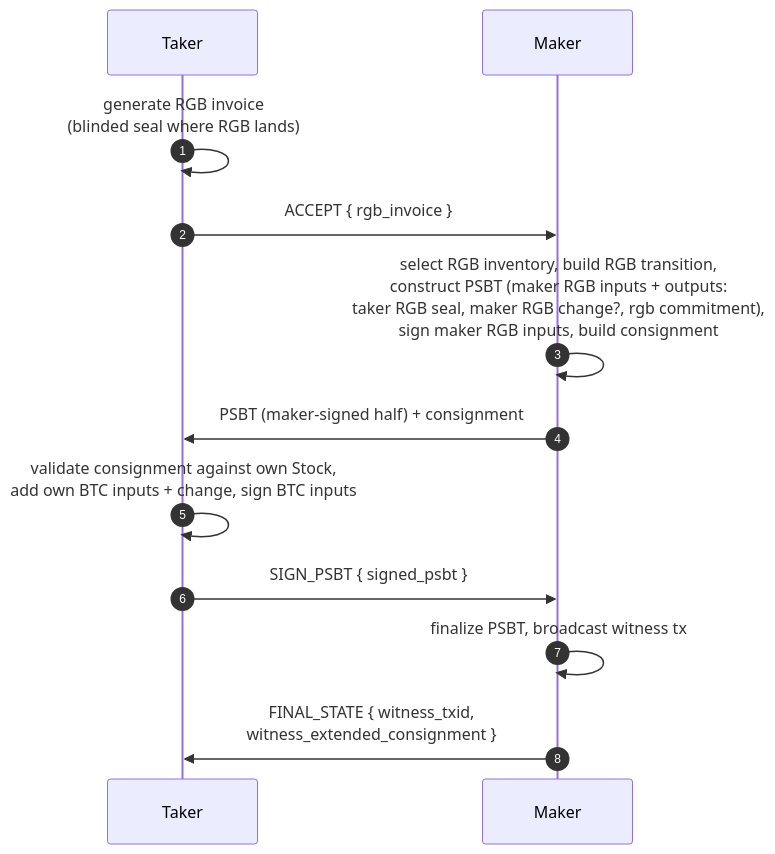
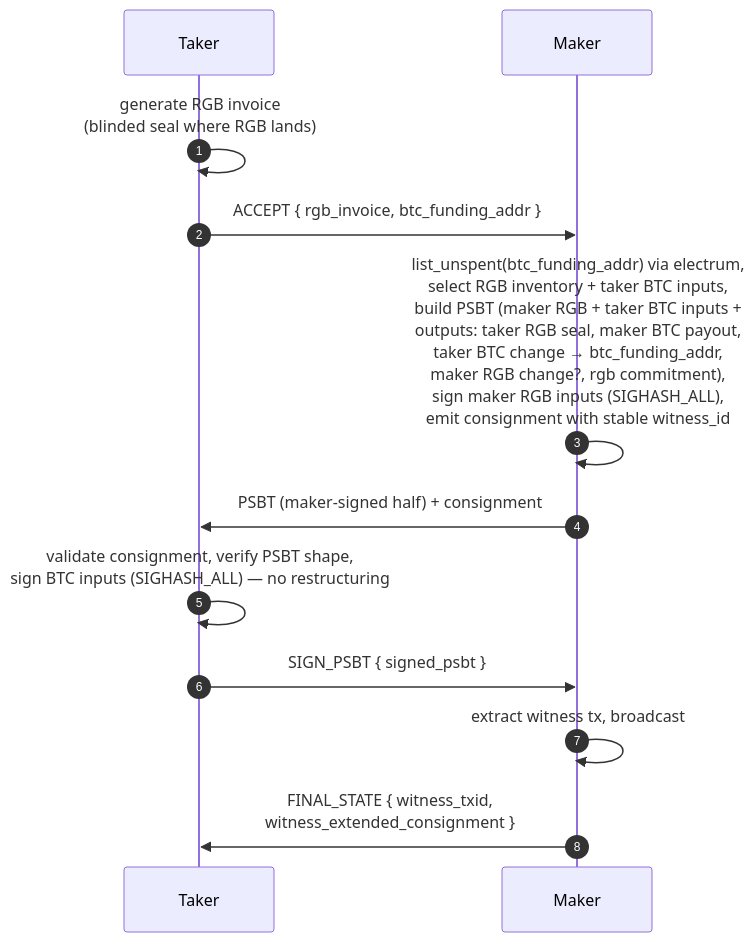
The first of 5 diagrams in docs/swap-flows.md (pxr64/rfq), drawn with Mermaid before and after one commit. The commit also changed other lines of this file and 1 other file, not shown here.

````diff
--- a/docs/swap-flows.md
+++ b/docs/swap-flows.md
@@ -16,15 +16,15 @@
 ```mermaid
 sequenceDiagram
     autonumber
     participant T as Taker
     participant M as Maker
 
     T->>T: generate RGB invoice<br/>(blinded seal where RGB lands)
-    T->>M: ACCEPT { rgb_invoice }
-    M->>M: select RGB inventory, build RGB transition,<br/>construct PSBT (maker RGB inputs + outputs:<br/>taker RGB seal, maker RGB change?, rgb commitment),<br/>sign maker RGB inputs, build consignment
+    T->>M: ACCEPT { rgb_invoice, btc_funding_addr }
+    M->>M: list_unspent(btc_funding_addr) via electrum,<br/>select RGB inventory + taker BTC inputs,<br/>build PSBT (maker RGB + taker BTC inputs +<br/>outputs: taker RGB seal, maker BTC payout,<br/>taker BTC change → btc_funding_addr,<br/>maker RGB change?, rgb commitment),<br/>sign maker RGB inputs (SIGHASH_ALL),<br/>emit consignment with stable witness_id
     M->>T: PSBT (maker-signed half) + consignment
-    T->>T: validate consignment against own Stock,<br/>add own BTC inputs + change, sign BTC inputs
+    T->>T: validate consignment, verify PSBT shape,<br/>sign BTC inputs (SIGHASH_ALL) — no restructuring
     T->>M: SIGN_PSBT { signed_psbt }
-    M->>M: finalize PSBT, broadcast witness tx
+    M->>M: extract witness tx, broadcast
     M->>T: FINAL_STATE { witness_txid,<br/>witness_extended_consignment }
 ```
````
